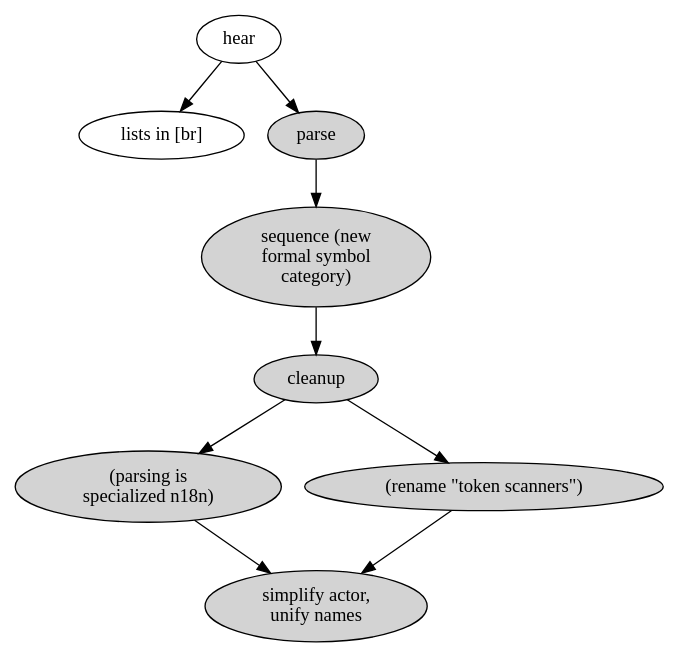
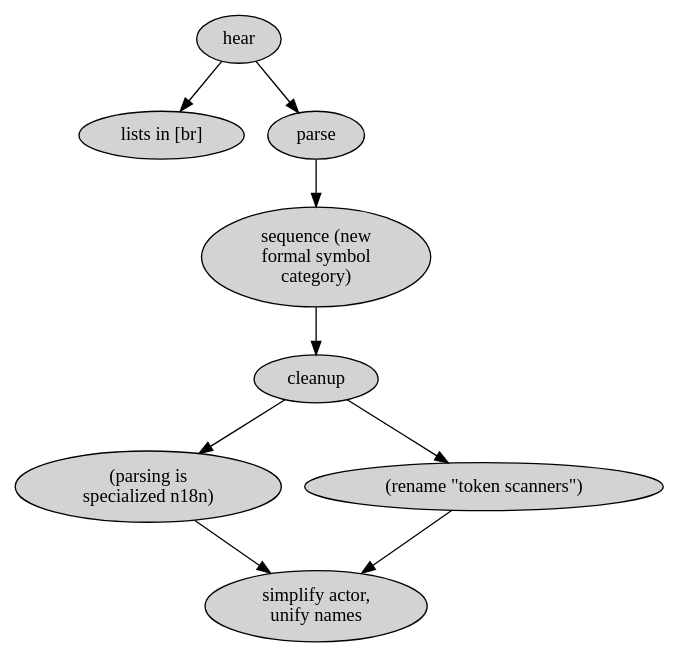
The diagram in doc/the-big-picture-of-now-03.dot (hipe/tmx), drawn with Graphviz before and after one commit. The commit also changed 46 other files, not shown here.

```diff
--- a/doc/the-big-picture-of-now-03.dot
+++ b/doc/the-big-picture-of-now-03.dot
@@ -1,25 +1,26 @@
 digraph {
 
+  # that one color of blue: fillcolor="#b5d5fb" style=filled
+  # done: style=filled
 
-  hear [label="hear"]
-  lists [label="lists in [br]"]
+  hear [label="hear", style=filled]
+  lists [label="lists in [br]", style=filled]
   parse [label="parse" style=filled]
   x1 [label="(parsing is\nspecialized n18n)" style=filled]
   x2 [label="(rename \"token scanners\")" style=filled]
   cleanup [style=filled]
   sequence [label="sequence (new\nformal symbol\ncategory)" style=filled]
   x4 [label="simplify actor,\nunify names" style=filled ]
 
   hear->lists
   hear->parse
   parse->sequence
   sequence->cleanup
   cleanup->x1
   cleanup->x2
 
   x1->x4
   x2->x4
 
 
-  # that one color of blue: fillcolor="#b5d5fb" style=filled
 }
```
